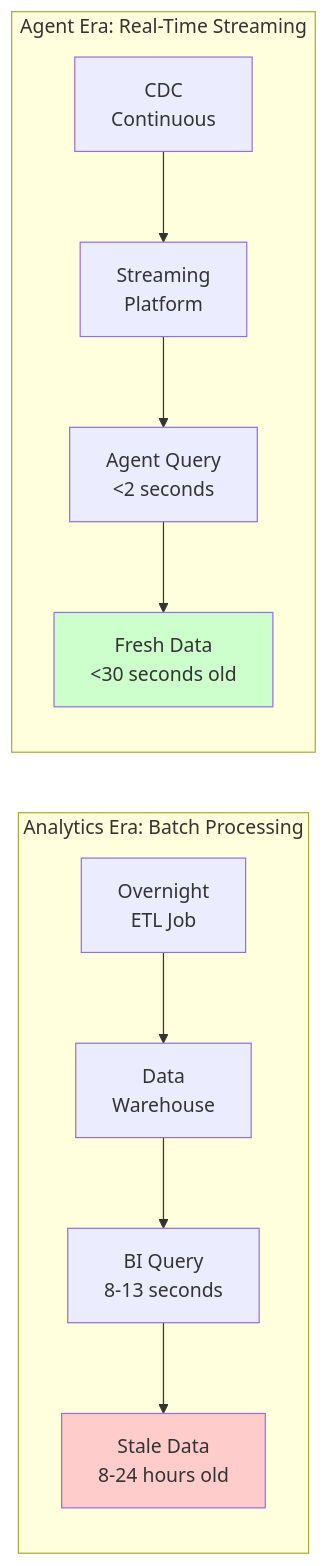
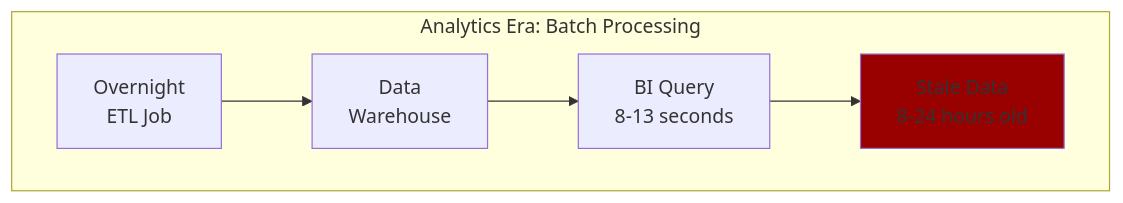
One commit to colaberry/enterprise-data-readiness-ai-agents changed the second of 8 diagrams in chapter-00/chapter_00_complete.md. Above: the diagram before and after it, drawn with Mermaid. The commit also changed other lines of this file, not shown here.

````diff
--- a/chapter-00/chapter_00_complete.md
+++ b/chapter-00/chapter_00_complete.md
@@ -198,17 +198,9 @@
 ```mermaid
-graph LR
+flowchart TB
     subgraph "Analytics Era: Batch Processing"
         A1[Overnight<br/>ETL Job] --> A2[Data<br/>Warehouse]
         A2 --> A3[BI Query<br/>8-13 seconds]
         A3 --> A4[Stale Data<br/>8-24 hours old]
     end
-    
-    subgraph "Agent Era: Real-Time Streaming"
-        B1[CDC<br/>Continuous] --> B2[Streaming<br/>Platform]
-        B2 --> B3[Agent Query<br/><2 seconds]
-        B3 --> B4[Fresh Data<br/><30 seconds old]
-    end
-    
-    style A4 fill:#ffcccc
-    style B4 fill:#ccffcc
+    style A4 fill:#990000
 ```
````
